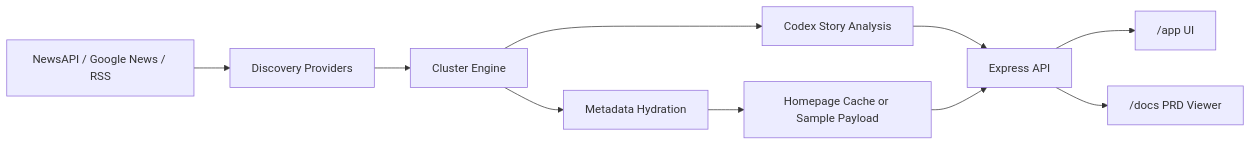
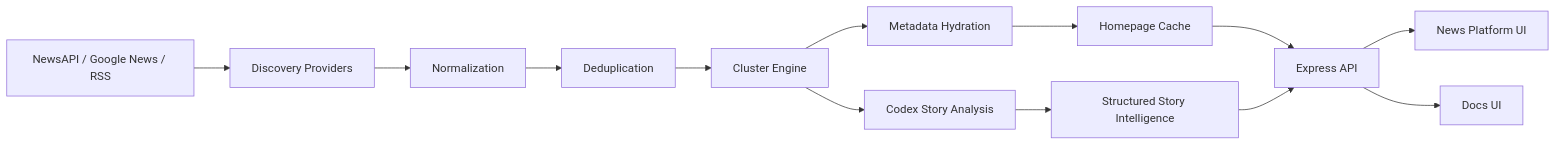
One commit to NavilanSanthanakrishnan/zelthir-news changed the diagram in docs/ARCHITECTURE.md. Above: the diagram before and after it, drawn with Mermaid. The commit also changed other lines of this file and 2 other files, not shown here.

Commit message:
Harden platform docs and architecture

````diff
--- a/docs/ARCHITECTURE.md
+++ b/docs/ARCHITECTURE.md
@@ -7,12 +15,15 @@
 ```mermaid
 flowchart LR
     A["NewsAPI / Google News / RSS"] --> B["Discovery Providers"]
-    B --> C["Cluster Engine"]
-    C --> D["Metadata Hydration"]
-    C --> E["Codex Story Analysis"]
-    D --> F["Homepage Cache or Sample Payload"]
-    E --> G["Express API"]
-    F --> G
-    G --> H["/app UI"]
-    G --> I["/docs PRD Viewer"]
+    B --> C["Normalization"]
+    C --> D["Deduplication"]
+    D --> E["Cluster Engine"]
+    E --> F["Metadata Hydration"]
+    E --> G["Codex Story Analysis"]
+    F --> H["Homepage Cache"]
+    G --> I["Structured Story Intelligence"]
+    H --> J["Express API"]
+    I --> J
+    J --> K["News Platform UI"]
+    J --> L["Docs UI"]
 ```
````
